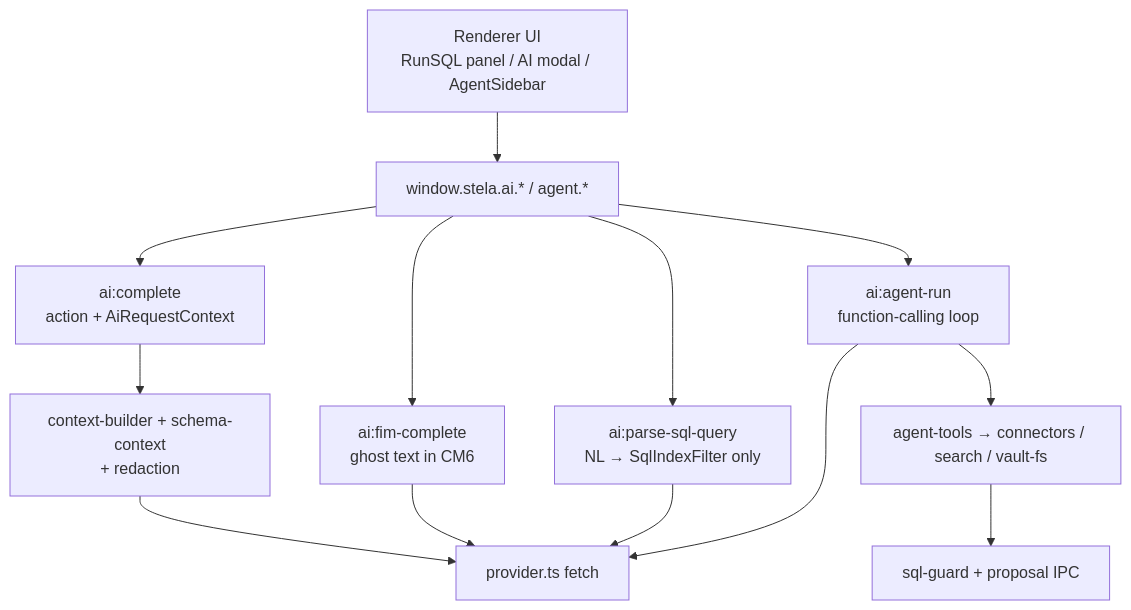
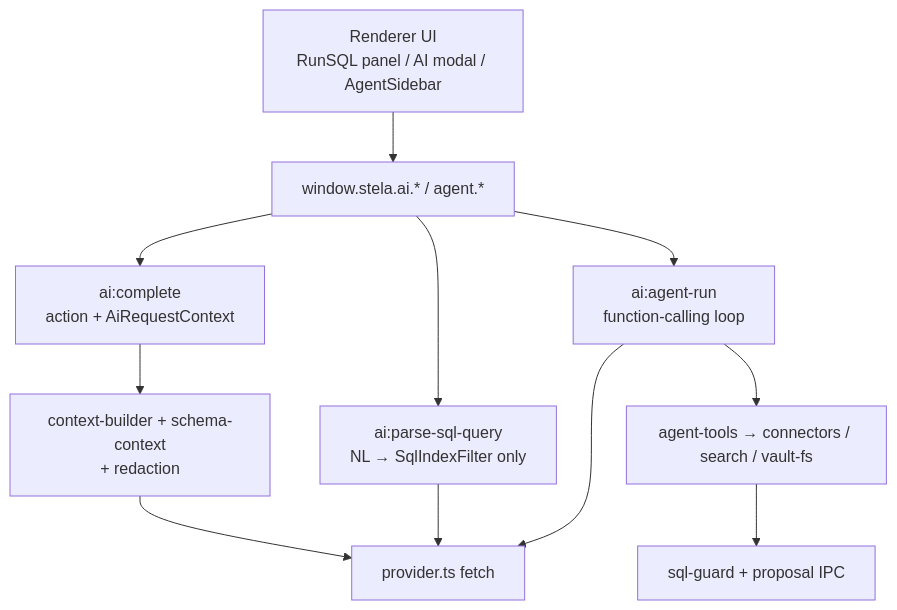
Before and after one commit to ay27/Stela: the second of 2 diagrams in docs/ARCHITECTURE.md, drawn with Mermaid. The commit also changed other lines of this file and 28 other files, not shown here.

````diff
--- a/docs/ARCHITECTURE.md
+++ b/docs/ARCHITECTURE.md
@@ -284,25 +283,22 @@
 ```mermaid
 flowchart TB
   UI["Renderer UI\nRunSQL panel / AI modal / AgentSidebar"]
   PRE["window.stela.ai.* / agent.*"]
   ACT["ai:complete\naction + AiRequestContext"]
-  FIM["ai:fim-complete\nghost text in CM6"]
   PARSE["ai:parse-sql-query\nNL → SqlIndexFilter only"]
   AGENT["ai:agent-run\nfunction-calling loop"]
   CTX["context-builder + schema-context\n+ redaction"]
   PROV["provider.ts fetch"]
   TOOLS["agent-tools → connectors / search / vault-fs"]
   GUARD["sql-guard + proposal IPC"]
 
   UI --> PRE
   PRE --> ACT
-  PRE --> FIM
   PRE --> PARSE
   PRE --> AGENT
   ACT --> CTX --> PROV
-  FIM --> PROV
   PARSE --> PROV
   AGENT --> PROV
   AGENT --> TOOLS
   TOOLS --> GUARD
 ```
````
